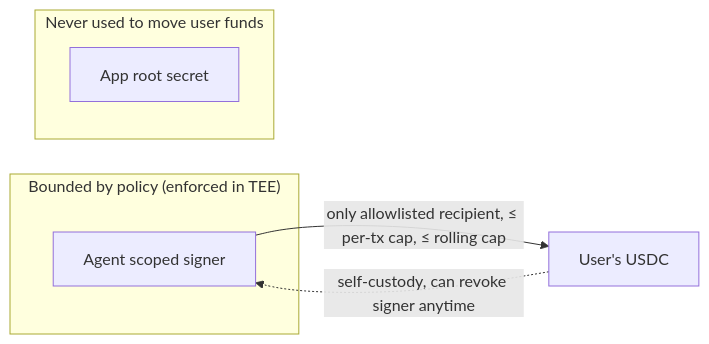
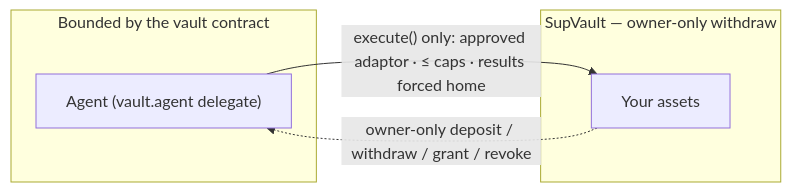
Before and after one commit to Sup-Wallet/supwallet-evm-universal: the sixth of 6 diagrams in docs/ARCHITECTURE.md, drawn with Mermaid. The commit also changed other lines of this file and 1 other file, not shown here.

First line of the commit message:
Update architecture to the shipped SupVault + adaptor model

````diff
--- a/docs/ARCHITECTURE.md
+++ b/docs/ARCHITECTURE.md
@@ -99,11 +118,11 @@
 ```mermaid
 flowchart LR
-    subgraph safe["Bounded by policy (enforced in TEE)"]
-        A["Agent scoped signer"]
+    subgraph bounded["Bounded by the vault contract"]
+        AG["Agent (vault.agent delegate)"]
     end
-    subgraph root["Never used to move user funds"]
-        R["App root secret"]
+    subgraph vault["SupVault — owner-only withdraw"]
+        FUNDS["Your assets"]
     end
-    A -- "only allowlisted recipient, ≤ per-tx cap, ≤ rolling cap" --> U["User's USDC"]
-    U -. "self-custody, can revoke signer anytime" .-> A
+    AG -- "execute() only: approved adaptor · ≤ caps · results forced home" --> FUNDS
+    FUNDS -. "owner-only deposit / withdraw / grant / revoke" .-> AG
 ```
````
